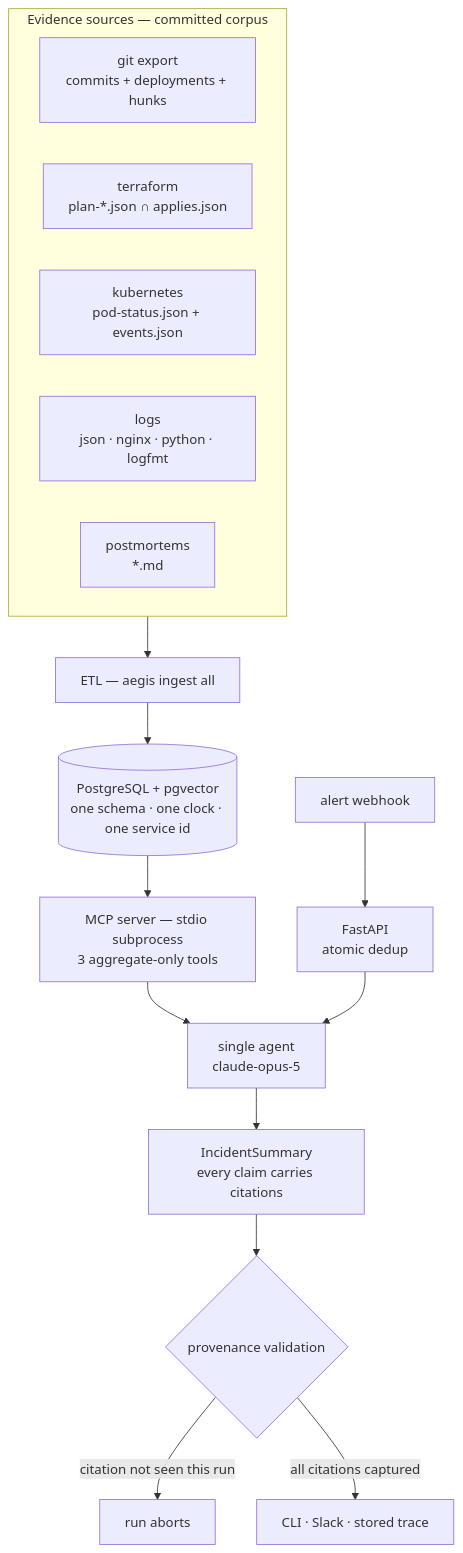
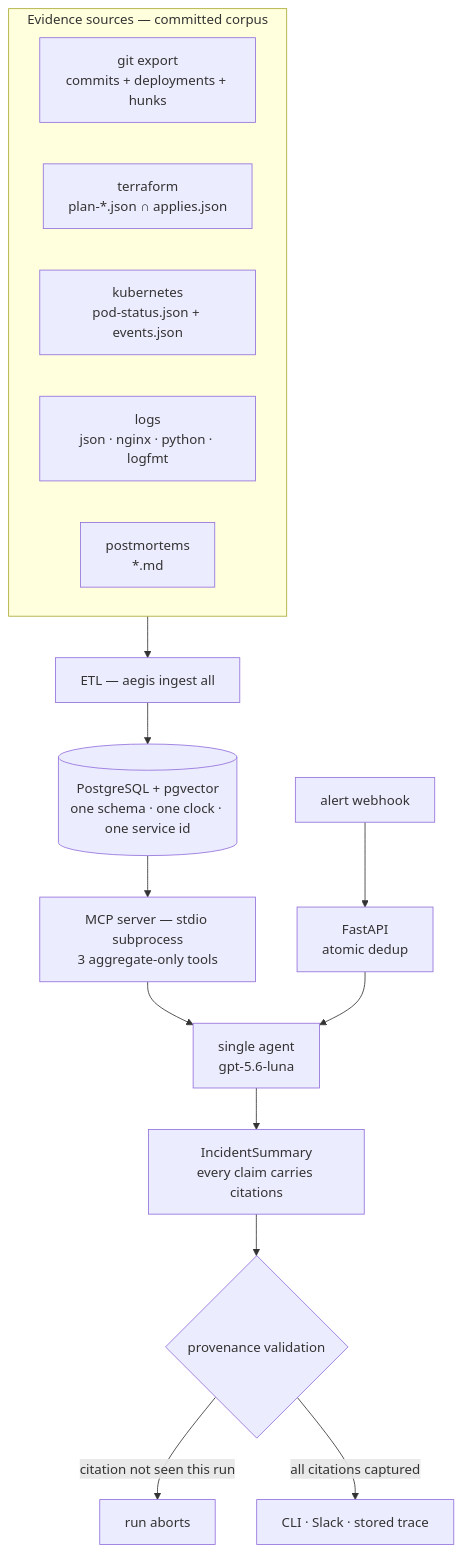
Before and after one commit to Ksawyoux/Aegis: the first of 2 diagrams in README.md, drawn with Mermaid. The commit also changed other lines of this file and 15 other files, not shown here.

First line of the commit message:
Run the investigation agent on OpenAI gpt-5.6-luna through the Responses API

````diff
--- a/README.md
+++ b/README.md
@@ -29,22 +29,22 @@
 ```mermaid
 flowchart TB
   subgraph SRC["Evidence sources — committed corpus"]
     GIT["git export<br/>commits + deployments + hunks"]
     TF["terraform<br/>plan-*.json ∩ applies.json"]
     K8S["kubernetes<br/>pod-status.json + events.json"]
     LOG["logs<br/>json · nginx · python · logfmt"]
     PM["postmortems<br/>*.md"]
   end
 
   SRC --> ETL["ETL — aegis ingest all"]
   ETL --> PG[("PostgreSQL + pgvector<br/>one schema · one clock · one service id")]
 
   PG --> MCP["MCP server — stdio subprocess<br/>3 aggregate-only tools"]
-  MCP --> AG["single agent<br/>claude-opus-5"]
+  MCP --> AG["single agent<br/>gpt-5.6-luna"]
   AG --> SUM["IncidentSummary<br/>every claim carries citations"]
   SUM --> VAL{"provenance validation"}
   VAL -- "citation not seen this run" --> ABORT["run aborts"]
   VAL -- "all citations captured" --> OUT["CLI · Slack · stored trace"]
 
   ALERT["alert webhook"] --> API["FastAPI<br/>atomic dedup"] --> AG
 ```
````
